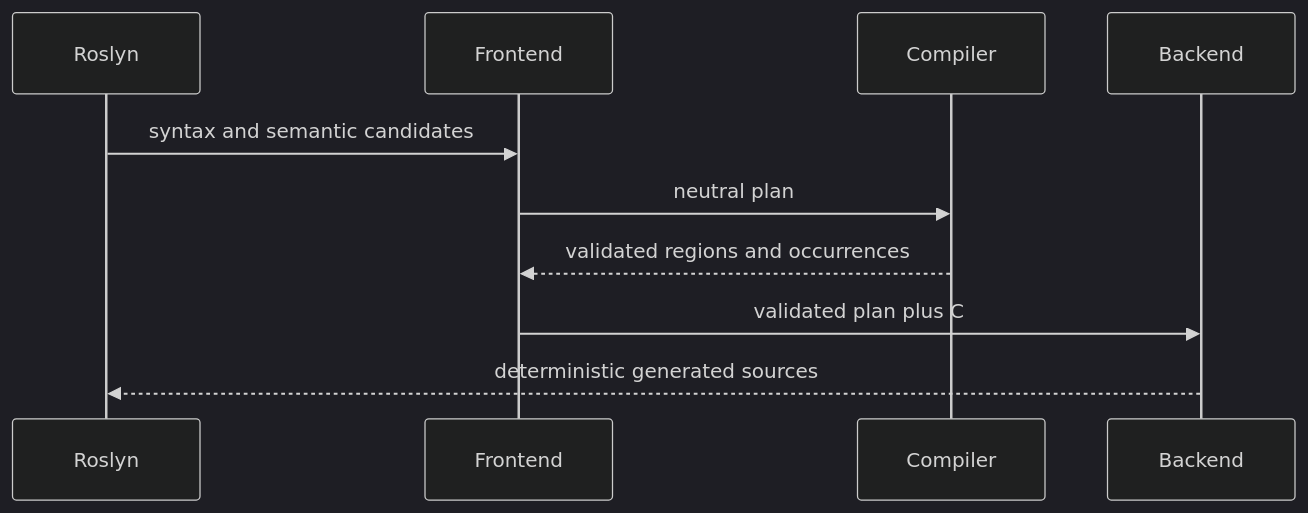
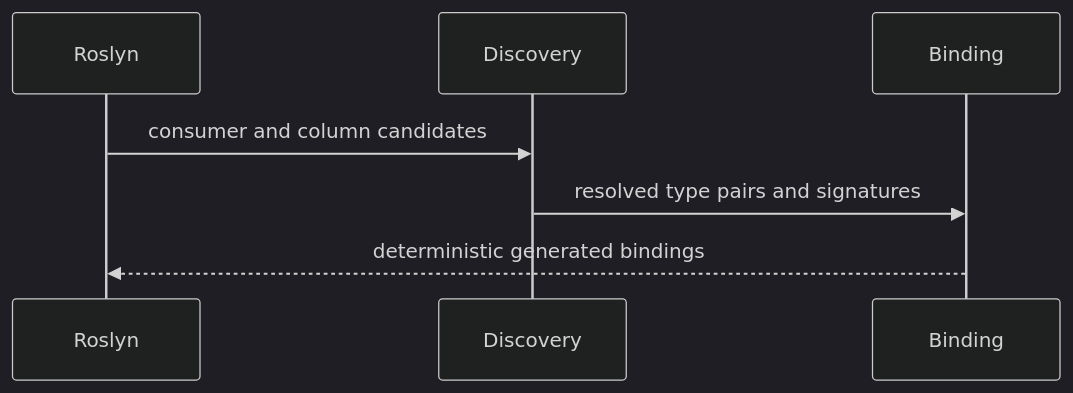
One commit to IAFahim/tl changed the third of 3 diagrams in docs/architecture.md. Above: the diagram before and after it, drawn with Mermaid (dark theme). The commit also changed other lines of this file and 31 other files, not shown here.

````diff
--- a/docs/architecture.md
+++ b/docs/architecture.md
@@ -57,12 +51,9 @@
 ```mermaid
 sequenceDiagram
     participant Roslyn
-    participant Frontend
-    participant Compiler
-    participant Backend
-    Roslyn->>Frontend: syntax and semantic candidates
-    Frontend->>Compiler: neutral plan
-    Compiler-->>Frontend: validated regions and occurrences
-    Frontend->>Backend: validated plan plus C# bindings
-    Backend-->>Roslyn: deterministic generated sources
+    participant Discovery
+    participant Binding
+    Roslyn->>Discovery: consumer and column candidates
+    Discovery->>Binding: resolved type pairs and signatures
+    Binding-->>Roslyn: deterministic generated bindings
 ```
````
